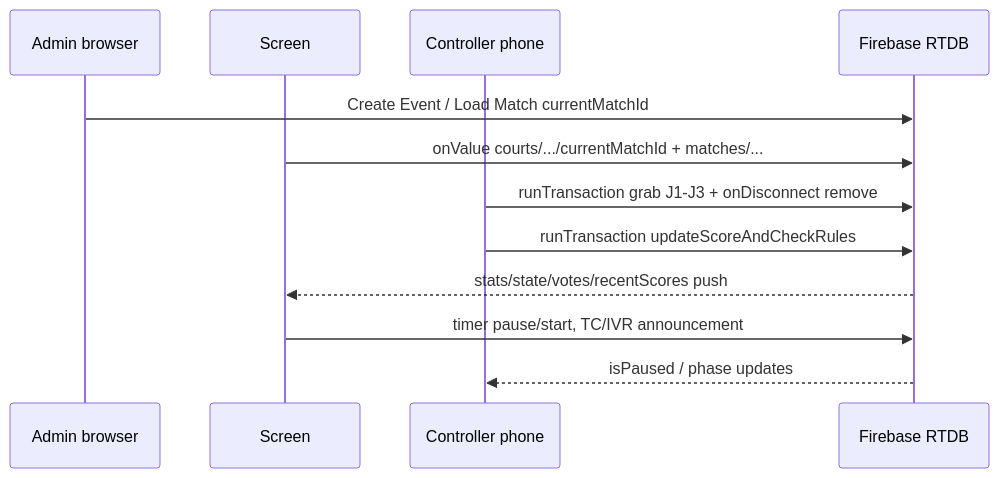
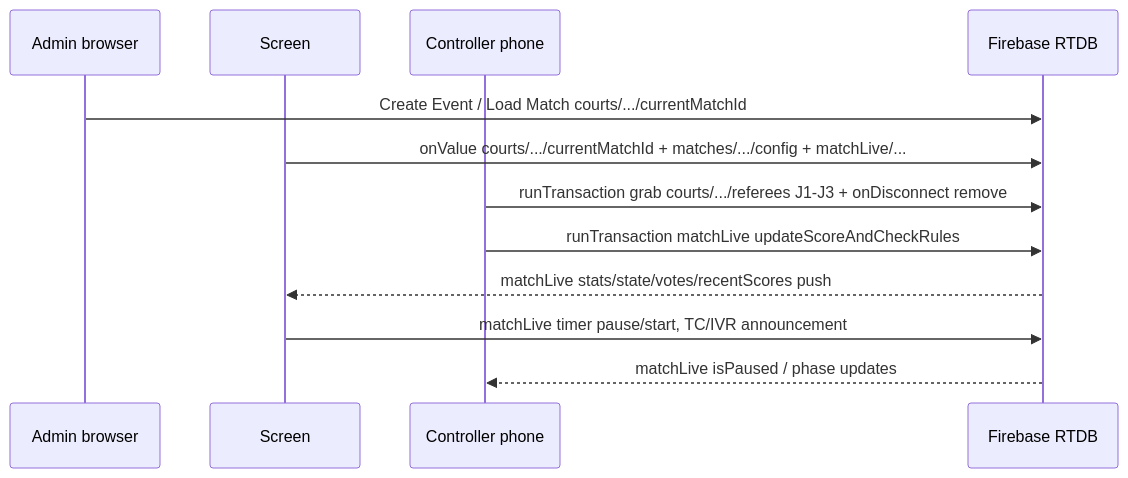
The second of 3 diagrams in docs/2_System_Design.md (CY-Cheung/TKD-scoreboard), drawn with Mermaid before and after one commit. The commit also changed other lines of this file and 4 other files, not shown here.

````diff
--- a/docs/2_System_Design.md
+++ b/docs/2_System_Design.md
@@ -96,15 +96,15 @@
 ```mermaid
 sequenceDiagram
   participant Admin as Admin browser
   participant Screen as Screen
   participant Judge as Controller phone
   participant RTDB as Firebase RTDB
 
-  Admin->>RTDB: Create Event / Load Match currentMatchId
-  Screen->>RTDB: onValue courts/.../currentMatchId + matches/...
-  Judge->>RTDB: runTransaction grab J1-J3 + onDisconnect remove
-  Judge->>RTDB: runTransaction updateScoreAndCheckRules
-  RTDB-->>Screen: stats/state/votes/recentScores push
-  Screen->>RTDB: timer pause/start, TC/IVR announcement
-  RTDB-->>Judge: isPaused / phase updates
+  Admin->>RTDB: Create Event / Load Match courts/.../currentMatchId
+  Screen->>RTDB: onValue courts/.../currentMatchId + matches/.../config + matchLive/...
+  Judge->>RTDB: runTransaction grab courts/.../referees J1-J3 + onDisconnect remove
+  Judge->>RTDB: runTransaction matchLive updateScoreAndCheckRules
+  RTDB-->>Screen: matchLive stats/state/votes/recentScores push
+  Screen->>RTDB: matchLive timer pause/start, TC/IVR announcement
+  RTDB-->>Judge: matchLive isPaused / phase updates
 ```
````
